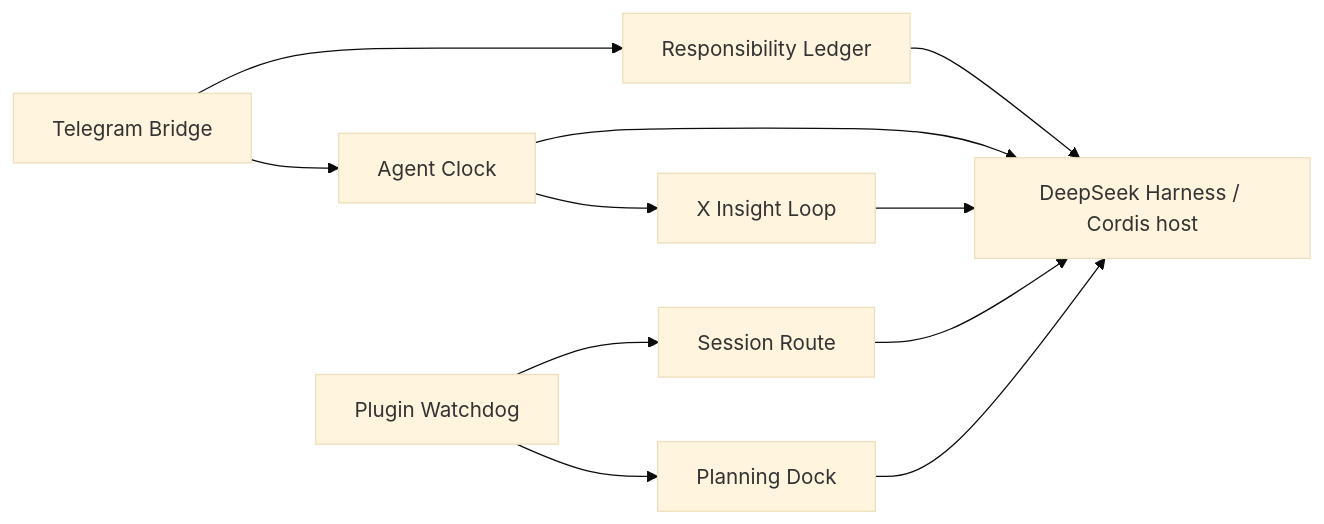
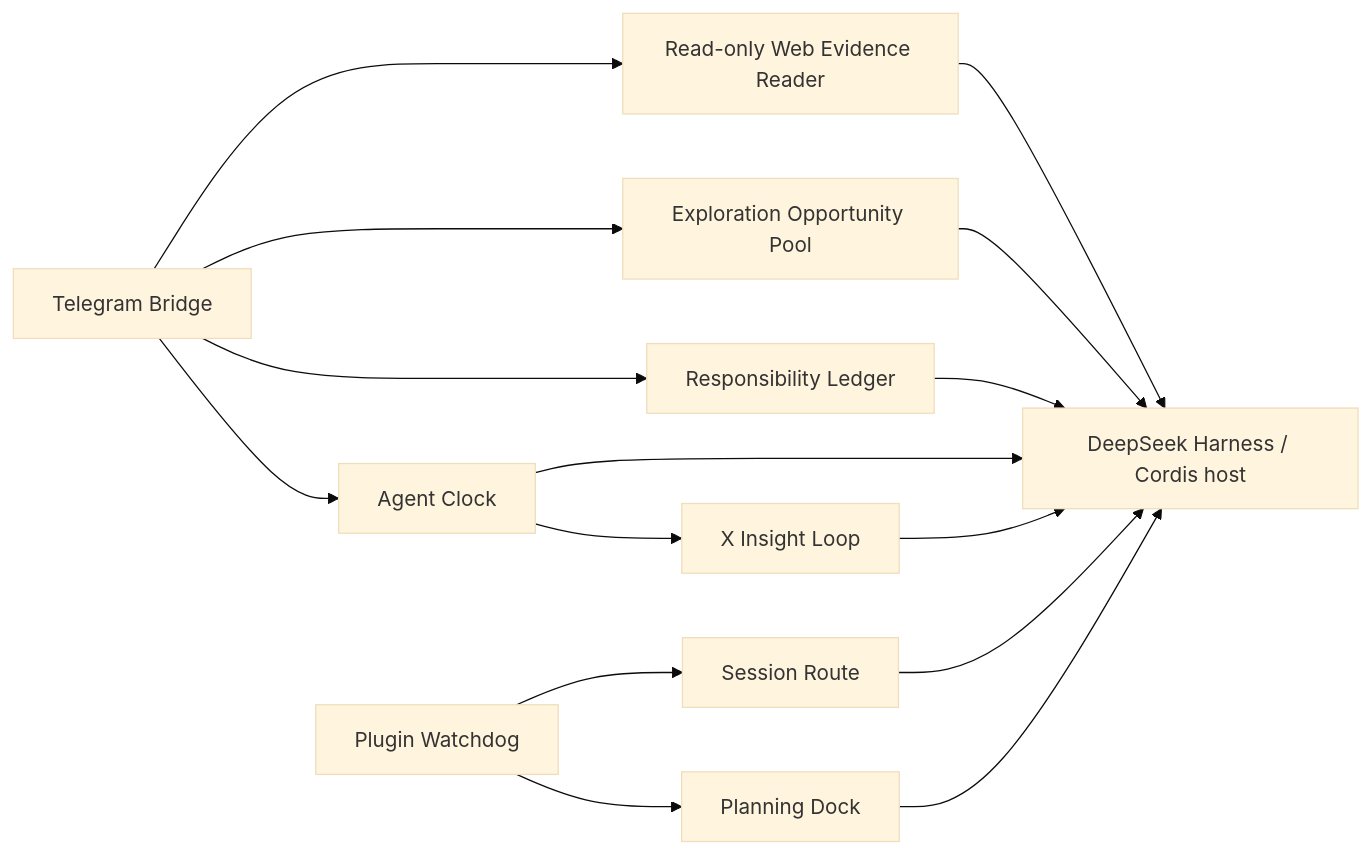
The diagram in README.en.md (HYBB-rash/dsh-plugins), drawn with Mermaid (base theme) before and after one commit. The commit also changed other lines of this file and 39 other files, not shown here.

Commit message:
feat: add exploration opportunity plugins

````diff
--- a/README.en.md
+++ b/README.en.md
@@ -23,13 +25,17 @@
 ```mermaid
 flowchart LR
   TG[Telegram Bridge] --> A[Responsibility Ledger]
   TG --> C[Agent Clock]
   C --> X[X Insight Loop]
+  TG --> E[Exploration Opportunity Pool]
+  TG --> B[Read-only Web Evidence Reader]
+  B --> DSH
+  E --> DSH
   A --> DSH[DeepSeek Harness / Cordis host]
   C --> DSH
   X --> DSH
   R[Session Route] --> DSH
   W[Plugin Watchdog] --> R
   W --> P[Planning Dock]
   P --> DSH
 ```
````
